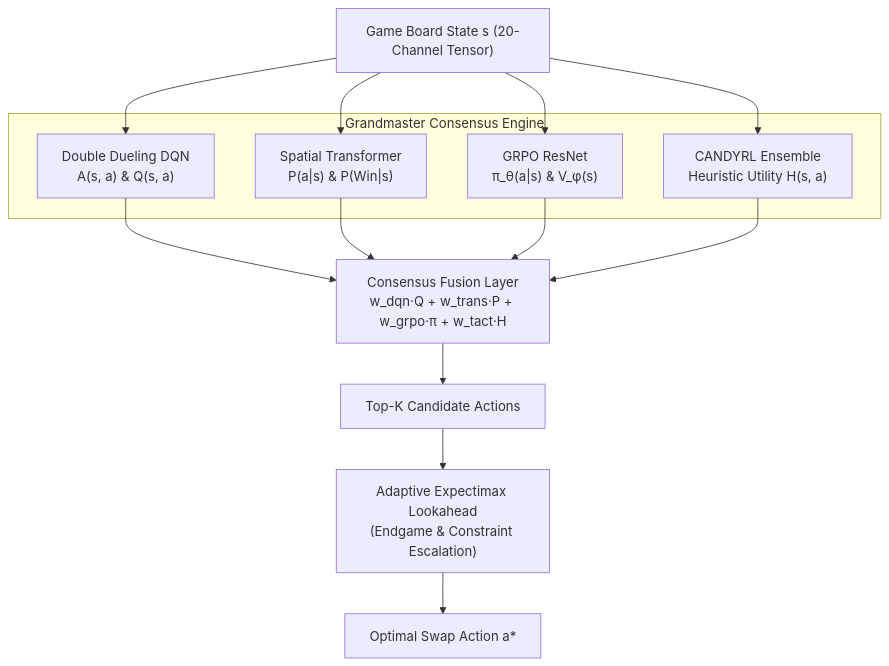
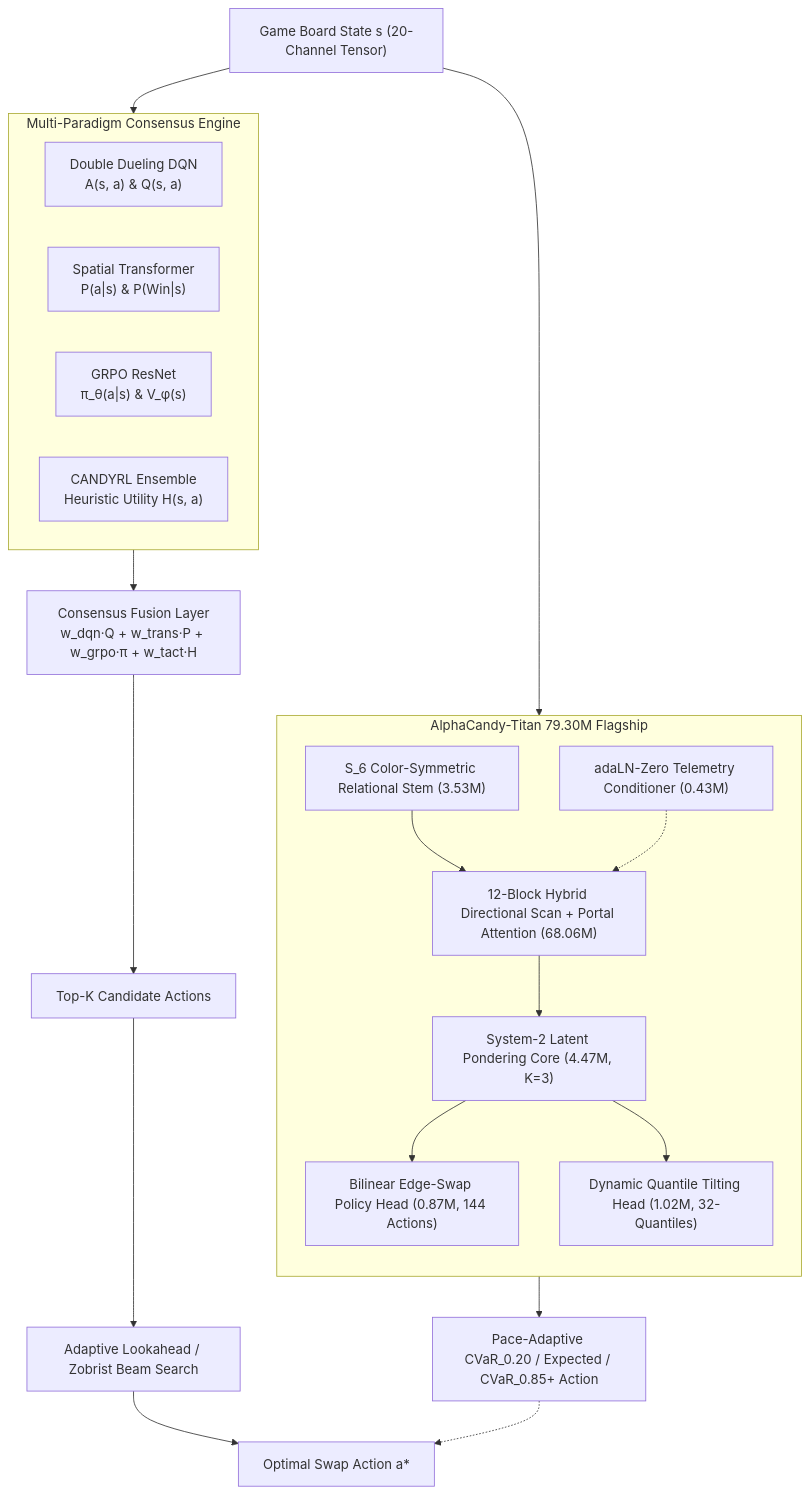
Before and after one commit to hammadshakeelai/Candy-Crush-AI: the diagram in knowledge_base/00_Index_and_MOC/01_Architecture_MOC.md, drawn with Mermaid. The commit also changed other lines of this file and 18 other files, not shown here.

Commit message:
docs(vault): preserve all subagent research, update knowledge base to 100% mastery & sync 79.3M Titan architecture

````diff
--- a/knowledge_base/00_Index_and_MOC/01_Architecture_MOC.md
+++ b/knowledge_base/00_Index_and_MOC/01_Architecture_MOC.md
@@ -17,25 +20,31 @@
 ```mermaid
 flowchart TD
     State["Game Board State s (20-Channel Tensor)"]
     
-    subgraph MultiParadigm["Grandmaster Consensus Engine"]
+    subgraph Titan["AlphaCandy-Titan 79.30M Flagship"]
+        direction TB
+        Stem["S_6 Color-Symmetric Relational Stem (3.53M)"] --> Bones["12-Block Hybrid Directional Scan + Portal Attention (68.06M)"]
+        Telem["adaLN-Zero Telemetry Conditioner (0.43M)"] -.-> Bones
+        Bones --> Ponder["System-2 Latent Pondering Core (4.47M, K=3)"]
+        Ponder --> Policy["Bilinear Edge-Swap Policy Head (0.87M, 144 Actions)"]
+        Ponder --> Quantile["Dynamic Quantile Tilting Head (1.02M, 32-Quantiles)"]
+    end
+
+    subgraph Consensus["Multi-Paradigm Consensus Engine"]
         DQN["Double Dueling DQN<br>A(s, a) & Q(s, a)"]
         Trans["Spatial Transformer<br>P(a|s) & P(Win|s)"]
         GRPO["GRPO ResNet<br>π_θ(a|s) & V_φ(s)"]
         Tactical["CANDYRL Ensemble<br>Heuristic Utility H(s, a)"]
     end
 
-    State --> DQN
-    State --> Trans
-    State --> GRPO
-    State --> Tactical
+    State --> Titan
+    State --> Consensus
 
-    DQN --> Blend["Consensus Fusion Layer<br>w_dqn·Q + w_trans·P + w_grpo·π + w_tact·H"]
-    Trans --> Blend
-    GRPO --> Blend
-    Tactical --> Blend
-
+    Consensus --> Blend["Consensus Fusion Layer<br>w_dqn·Q + w_trans·P + w_grpo·π + w_tact·H"]
+    Titan --> TitanAction["Pace-Adaptive CVaR_0.20 / Expected / CVaR_0.85+ Action"]
+    
     Blend --> TopK["Top-K Candidate Actions"]
-    TopK --> Search["Adaptive Expectimax Lookahead<br>(Endgame & Constraint Escalation)"]
+    TopK --> Search["Adaptive Lookahead / Zobrist Beam Search"]
     Search --> Action["Optimal Swap Action a*"]
+    TitanAction -.-> Action
 ```
````
